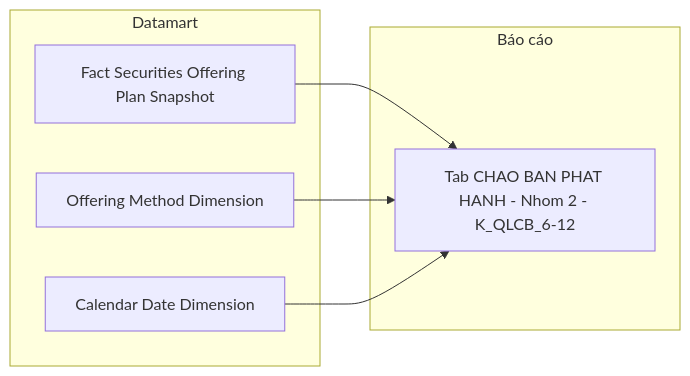
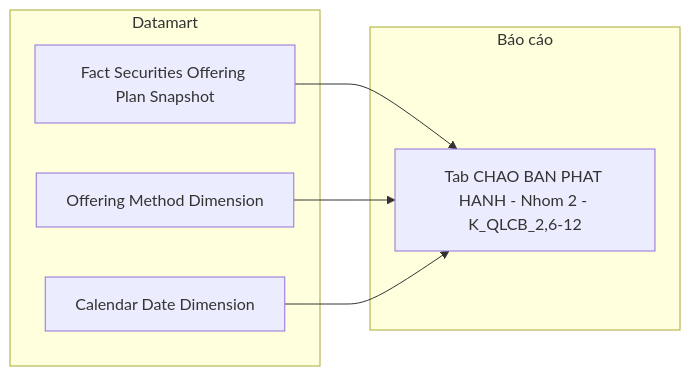
The ninth of 22 diagrams in Datamart/hld/DTM_QLCB_HLD.md (linhlvit/ubck_atomic_design), drawn with Mermaid before and after one commit. The commit also changed other lines of this file and 10 other files, not shown here.

````diff
--- a/Datamart/hld/DTM_QLCB_HLD.md
+++ b/Datamart/hld/DTM_QLCB_HLD.md
@@ -479,14 +484,14 @@
 ```mermaid
 flowchart LR
     subgraph Datamart["Datamart"]
         G1["Fact Securities Offering Plan Snapshot"]
         G3["Offering Method Dimension"]
         G4["Calendar Date Dimension"]
     end
     subgraph RPT["Báo cáo"]
-        R2["Tab CHAO BAN PHAT HANH - Nhom 2 - K_QLCB_6-12"]
+        R2["Tab CHAO BAN PHAT HANH - Nhom 2 - K_QLCB_2,6-12"]
     end
     G1 --> R2
     G3 --> R2
     G4 --> R2
 ```
````
